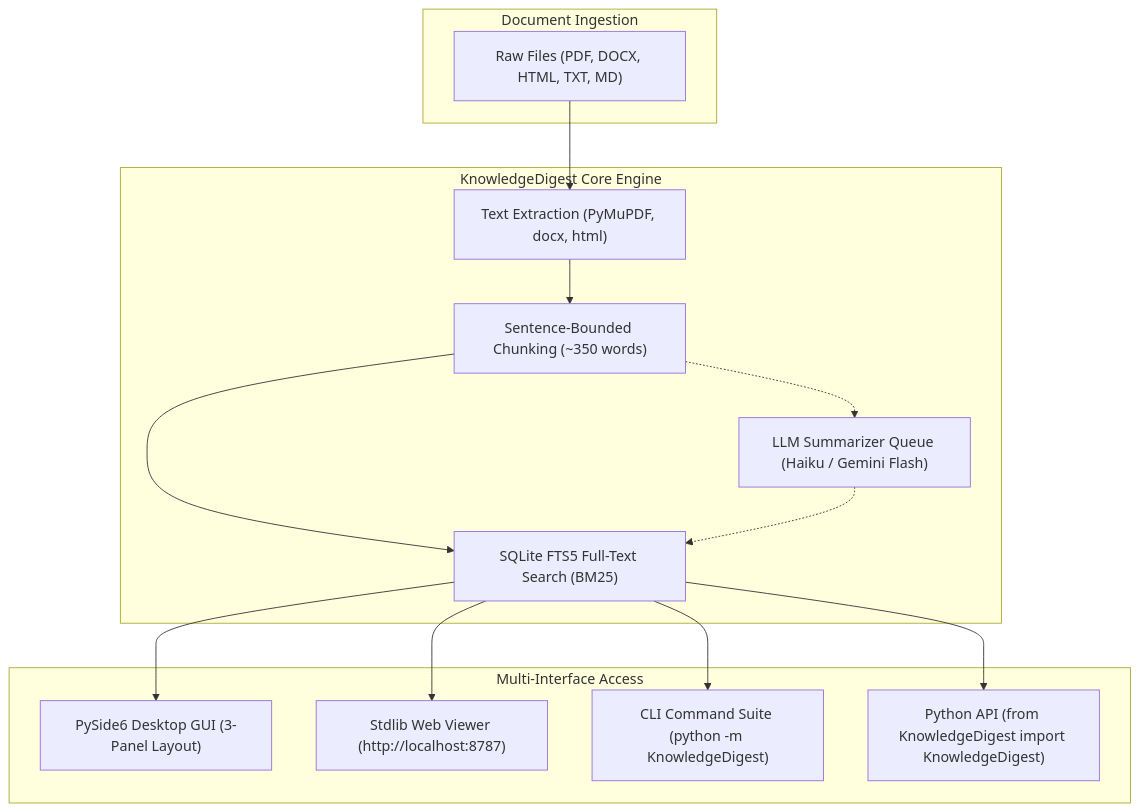
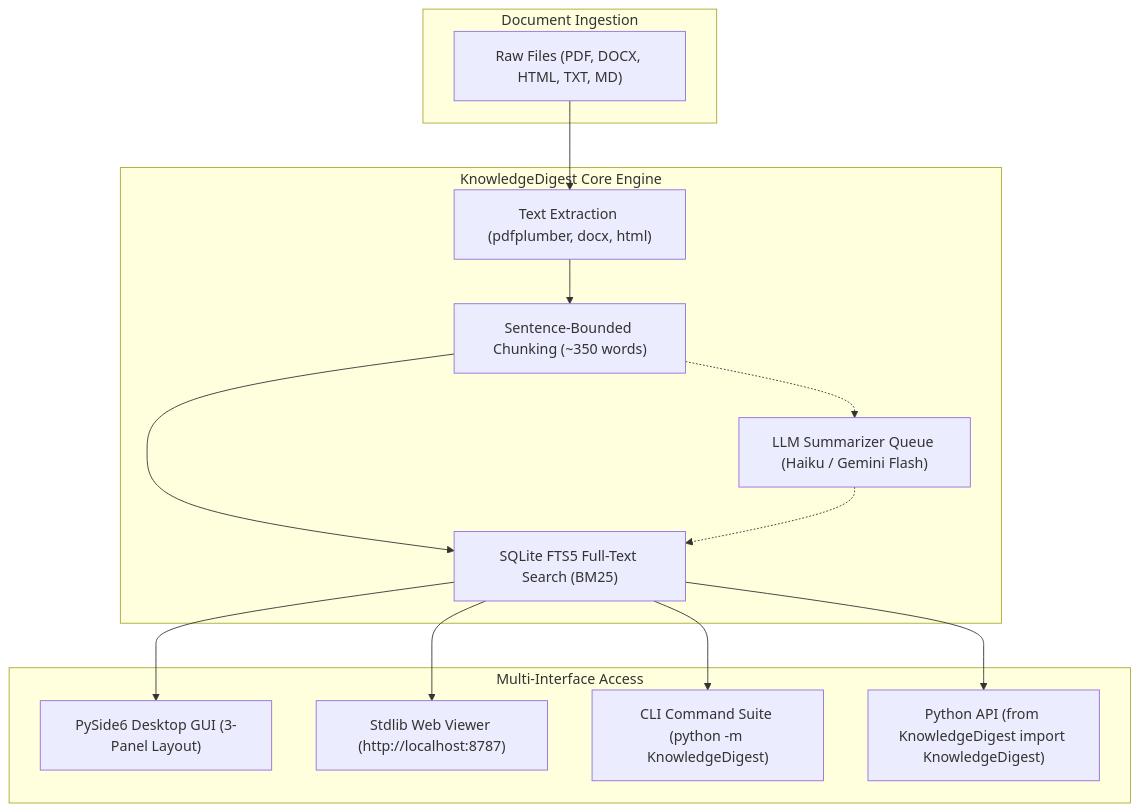
The diagram in README.md (file-bricks/KnowledgeDigest), drawn with Mermaid before and after one commit. The commit also changed other lines of this file and 4 other files, not shown here.

````diff
--- a/README.md
+++ b/README.md
@@ -43,30 +43,30 @@
 ```mermaid
 flowchart TD
     subgraph Input["Document Ingestion"]
         DOCS["Raw Files (PDF, DOCX, HTML, TXT, MD)"]
     end
 
     subgraph CoreEngine["KnowledgeDigest Core Engine"]
-        EXT["Text Extraction (PyMuPDF, docx, html)"]
+        EXT["Text Extraction (pdfplumber, docx, html)"]
         CHUNK["Sentence-Bounded Chunking (~350 words)"]
         FTS["SQLite FTS5 Full-Text Search (BM25)"]
         SUMM["LLM Summarizer Queue (Haiku / Gemini Flash)"]
     end
 
     subgraph Interfaces["Multi-Interface Access"]
         GUI["PySide6 Desktop GUI (3-Panel Layout)"]
         WEB["Stdlib Web Viewer (http://localhost:8787)"]
         CLI["CLI Command Suite (python -m KnowledgeDigest)"]
         API["Python API (from KnowledgeDigest import KnowledgeDigest)"]
     end
 
     DOCS --> EXT
     EXT --> CHUNK
     CHUNK --> FTS
     CHUNK -.-> SUMM
     SUMM -.-> FTS
     FTS --> GUI
     FTS --> WEB
     FTS --> CLI
     FTS --> API
 ```
````
